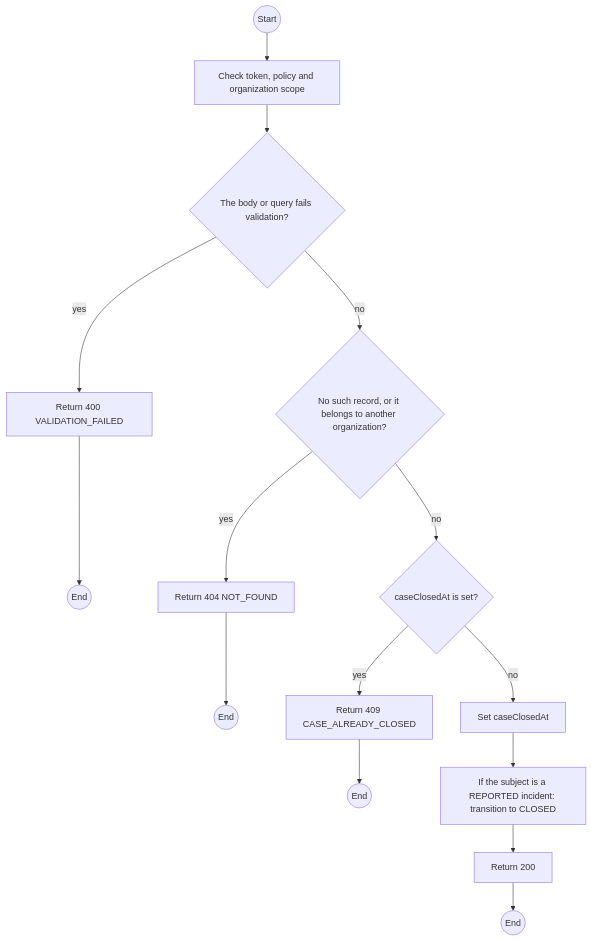
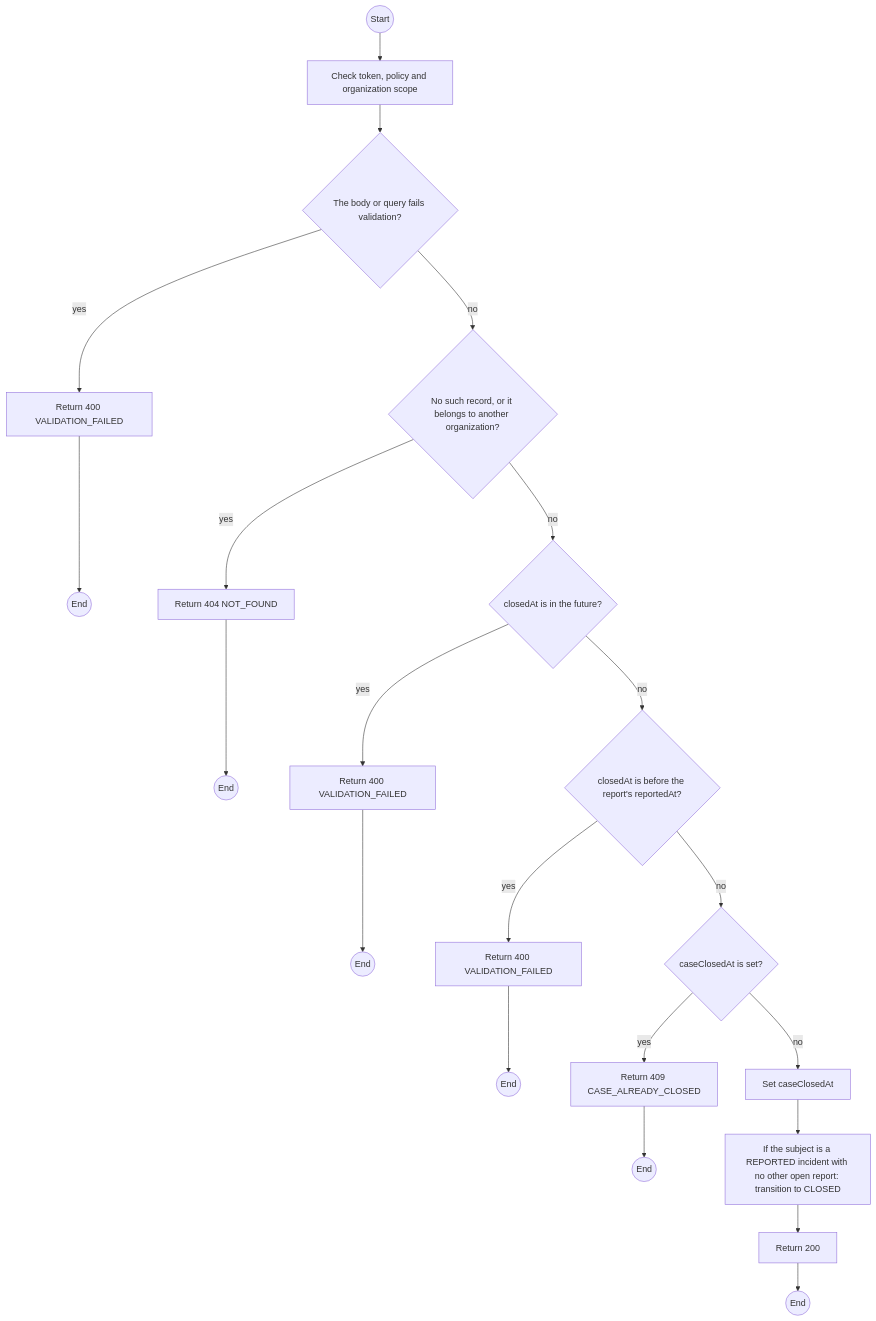
The first of 2 diagrams in specs/incidents/api-design/09-post-authority-reports-reportid-close-case.md (TrekLink-Team/treklink-web), drawn with Mermaid before and after one commit. The commit also changed other lines of this file and 4 other files, not shown here.

First line of the commit message:
docs: use report UUIDs and list the closedAt 400 rows in incidents api-design

````diff
--- a/specs/incidents/api-design/09-post-authority-reports-reportid-close-case.md
+++ b/specs/incidents/api-design/09-post-authority-reports-reportid-close-case.md
@@ -152,28 +186,38 @@
 ```mermaid
 flowchart TB
     S((Start))
     A0["Check token, policy and organization scope"]
     S --> A0
     D1{"The body or query fails validation?"}
     A0 --> D1
     E1["Return 400 VALIDATION_FAILED"]
     D1 -->|yes| E1
     E1 --> X1((End))
     D2{"No such record, or it belongs to another organization?"}
     D1 -->|no| D2
     E2["Return 404 NOT_FOUND"]
     D2 -->|yes| E2
     E2 --> X2((End))
-    D3{"caseClosedAt is set?"}
+    D3{"closedAt is in the future?"}
     D2 -->|no| D3
-    E3["Return 409 CASE_ALREADY_CLOSED"]
+    E3["Return 400 VALIDATION_FAILED"]
     D3 -->|yes| E3
     E3 --> X3((End))
+    D4{"closedAt is before the report's reportedAt?"}
+    D3 -->|no| D4
+    E4["Return 400 VALIDATION_FAILED"]
+    D4 -->|yes| E4
+    E4 --> X4((End))
+    D5{"caseClosedAt is set?"}
+    D4 -->|no| D5
+    E5["Return 409 CASE_ALREADY_CLOSED"]
+    D5 -->|yes| E5
+    E5 --> X5((End))
     P0["Set caseClosedAt"]
-    D3 -->|no| P0
-    P1["If the subject is a REPORTED incident: transition to CLOSED"]
+    D5 -->|no| P0
+    P1["If the subject is a REPORTED incident with no other open report: transition to CLOSED"]
     P0 --> P1
     OK["Return 200"]
     P1 --> OK
     OK --> Z((End))
 ```
````
